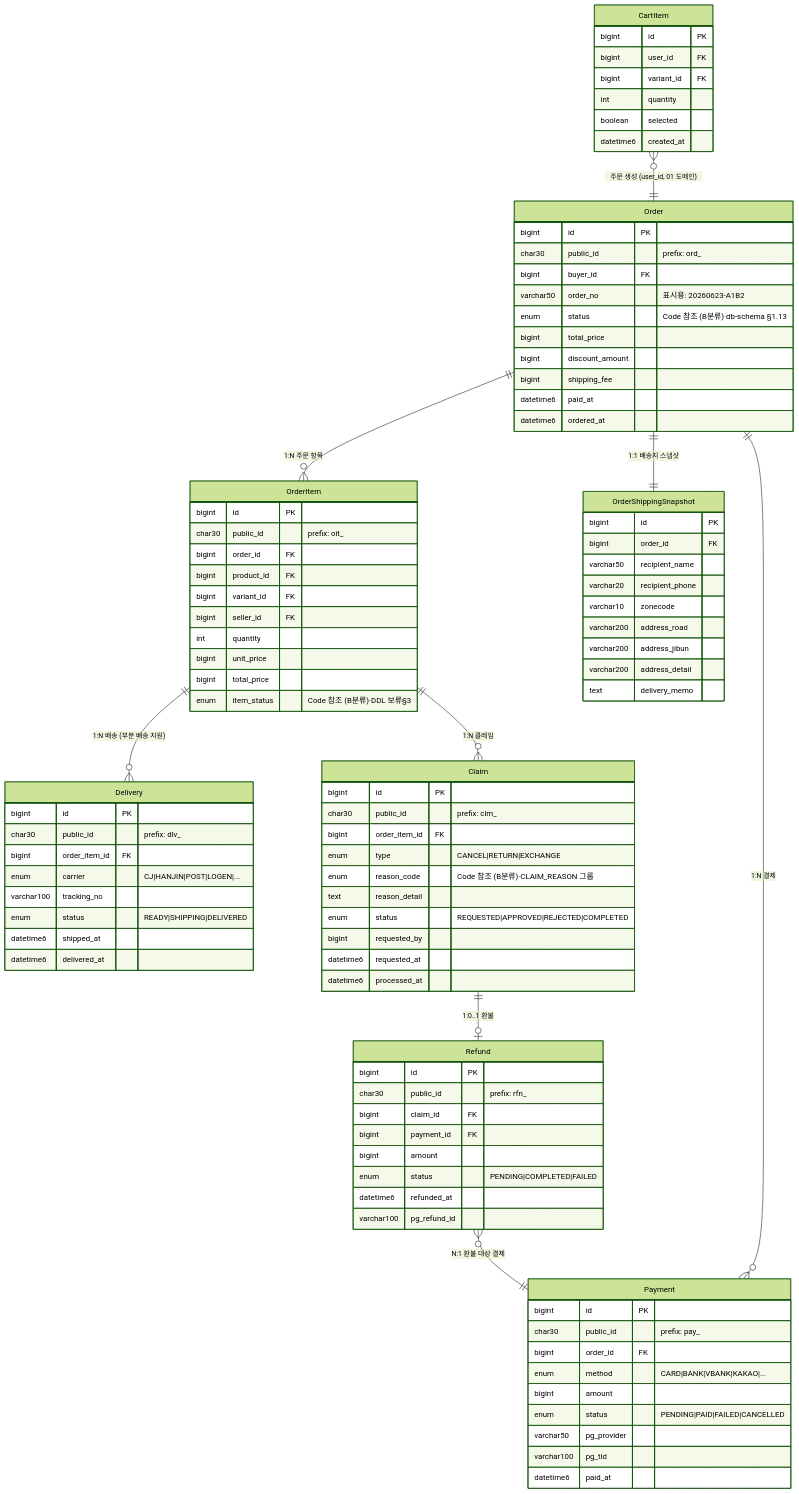
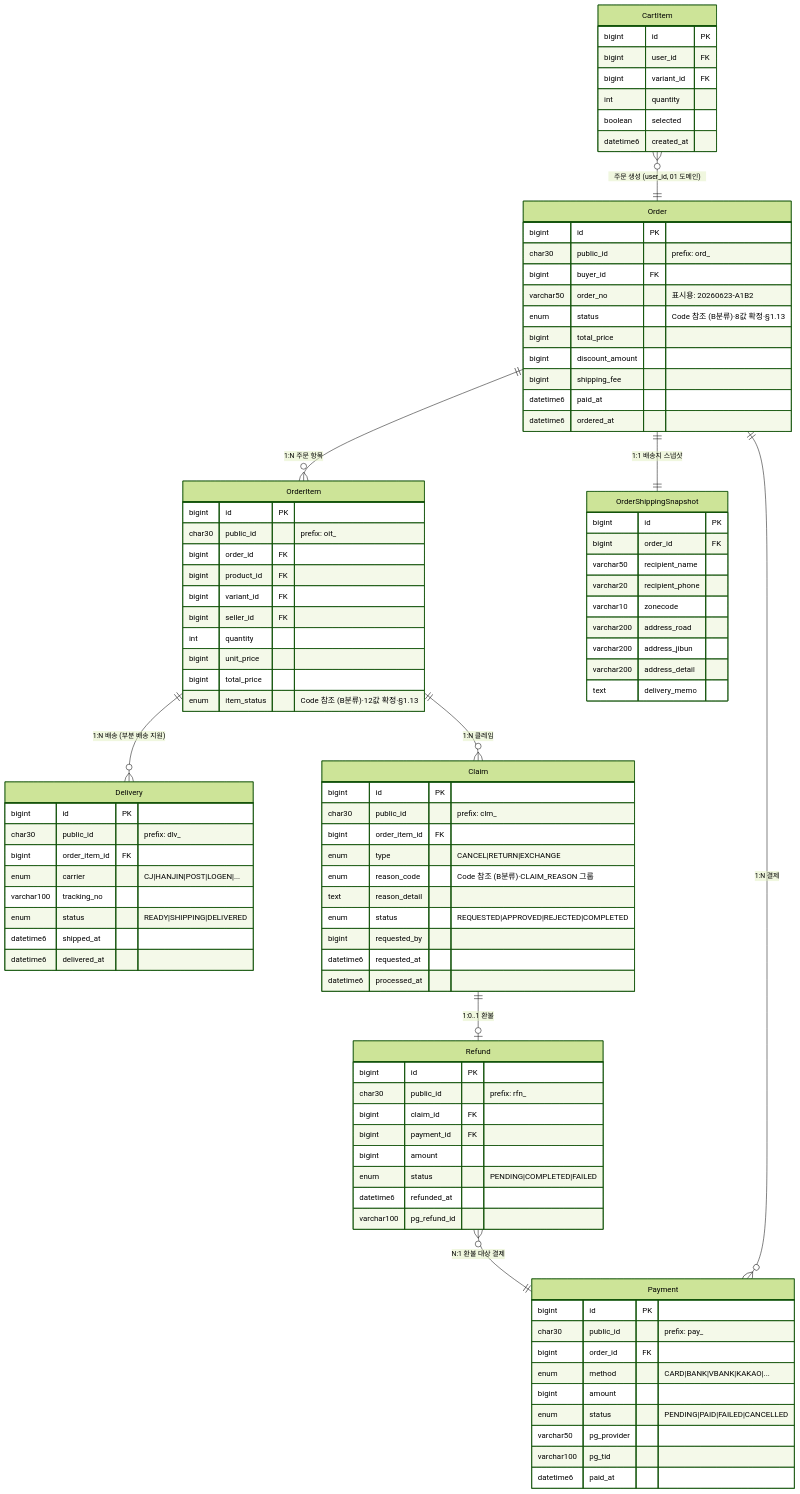
One commit to zeus721-zslab/zslab-mall changed the diagram in docs/design/erd/04-order-payment-delivery-claim.md. Above: the diagram before and after it, drawn with Mermaid (forest theme). The commit also changed other lines of this file and 8 other files, not shown here.

First line of the commit message:
﻿docs(erd-update): architecture-baseline 결정 반영 — 보류 3건 해소·값집합 확정·v2.4

```diff
--- a/docs/design/erd/04-order-payment-delivery-claim.md
+++ b/docs/design/erd/04-order-payment-delivery-claim.md
@@ -22,7 +22,7 @@
         char30 public_id "prefix: ord_"
         bigint buyer_id FK
         varchar50 order_no "표시용: 20260623-A1B2"
-        enum status "Code 참조 (B분류)·db-schema §1.13"
+        enum status "Code 참조 (B분류)·8값 확정·§1.13"
         bigint total_price
         bigint discount_amount
         bigint shipping_fee
@@ -40,7 +40,7 @@
         int quantity
         bigint unit_price
         bigint total_price
-        enum item_status "Code 참조 (B분류)·DDL 보류§3"
+        enum item_status "Code 참조 (B분류)·12값 확정·§1.13"
     }
 
     OrderShippingSnapshot {
```
